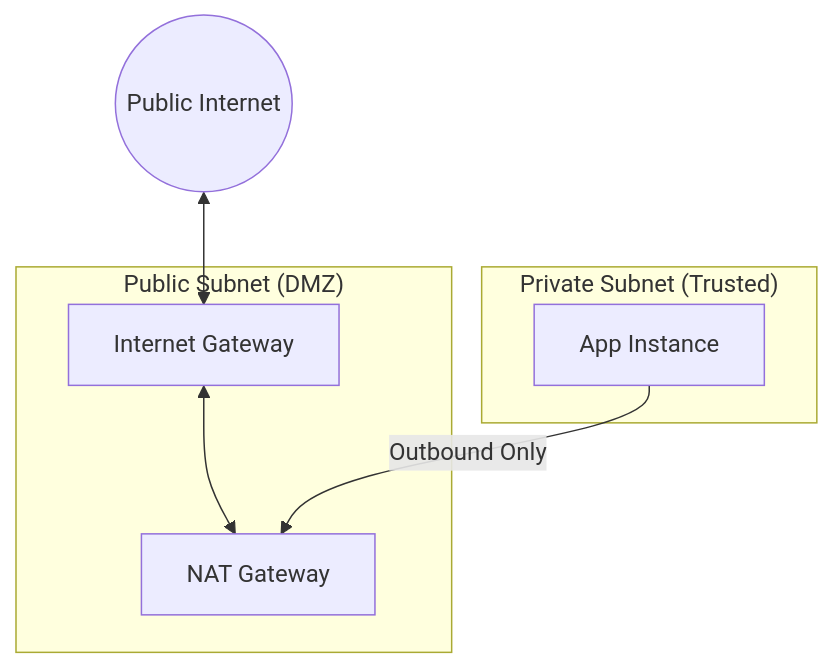
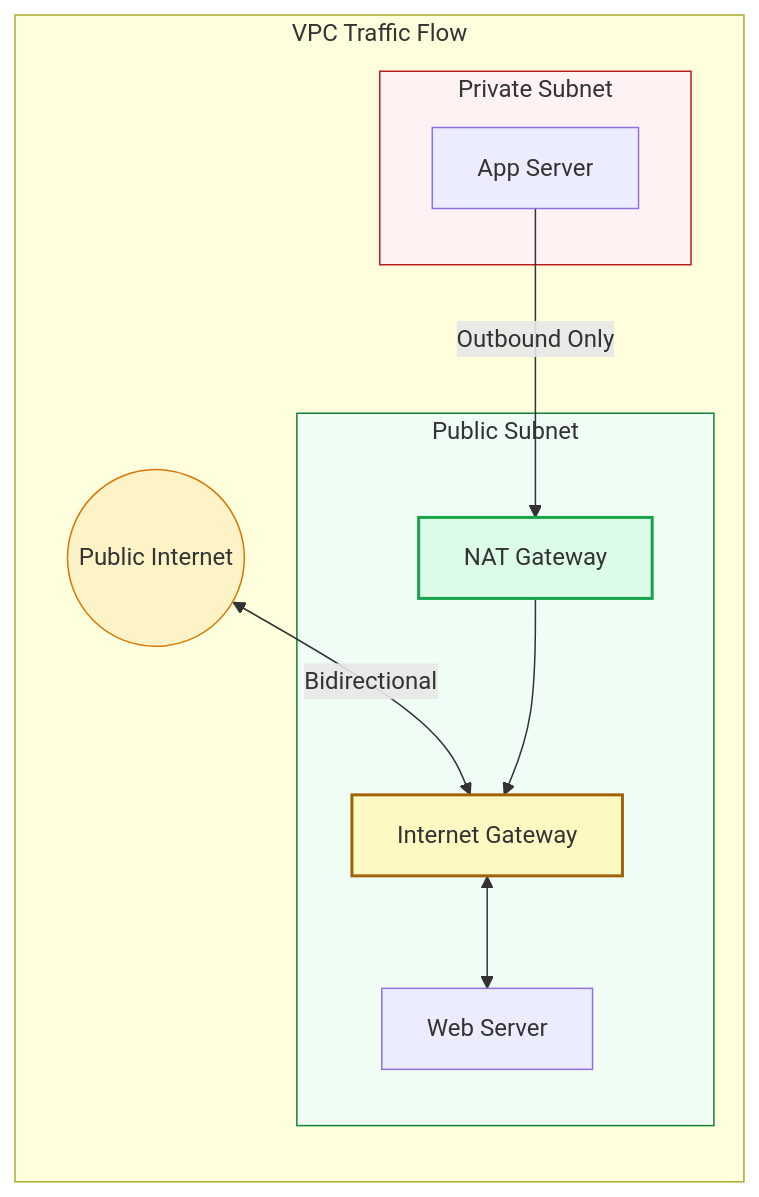
The diagram in 2-Intermediate/01-Phase-1/01-Networking/03-Internet-and-NAT-Gateways/README.md (Ganil151/Devops), drawn with Mermaid before and after one commit. The commit also changed other lines of this file and 51 other files, not shown here.

````diff
--- a/2-Intermediate/01-Phase-1/01-Networking/03-Internet-and-NAT-Gateways/README.md
+++ b/2-Intermediate/01-Phase-1/01-Networking/03-Internet-and-NAT-Gateways/README.md
@@ -18,17 +5,26 @@
 ```mermaid
-graph TD
-    subgraph "Public Subnet (DMZ)"
-        IGW[Internet Gateway]
-        NAT[NAT Gateway]
+graph LR
+    subgraph VPC_Connectivity[VPC Traffic Flow]
+        Internet((Public Internet)) <-->|Bidirectional| IGW[Internet Gateway]
+        
+        subgraph Public_Subnet[Public Subnet]
+            IGW
+            NAT[NAT Gateway]
+            Web[Web Server]
+        end
+        
+        subgraph Private_Subnet[Private Subnet]
+            App[App Server]
+        end
+        
+        IGW <--> Web
+        App -->|Outbound Only| NAT
+        NAT --> IGW
     end
 
-subgraph "Private Subnet (Trusted)"
-        App[App Instance]
-    end
-
-Internet((Public Internet))
-
-Internet <--> IGW
-    IGW <--> NAT
-    App -->|Outbound Only| NAT
+    style Internet fill:#fef3c7,stroke:#d97706
+    style Public_Subnet fill:#f0fdf4,stroke:#15803d
+    style Private_Subnet fill:#fef2f2,stroke:#b91c1c
+    style IGW fill:#fef9c3,stroke:#a16207,stroke-width:2px
+    style NAT fill:#dcfce7,stroke:#16a34a,stroke-width:2px
 ```
````
